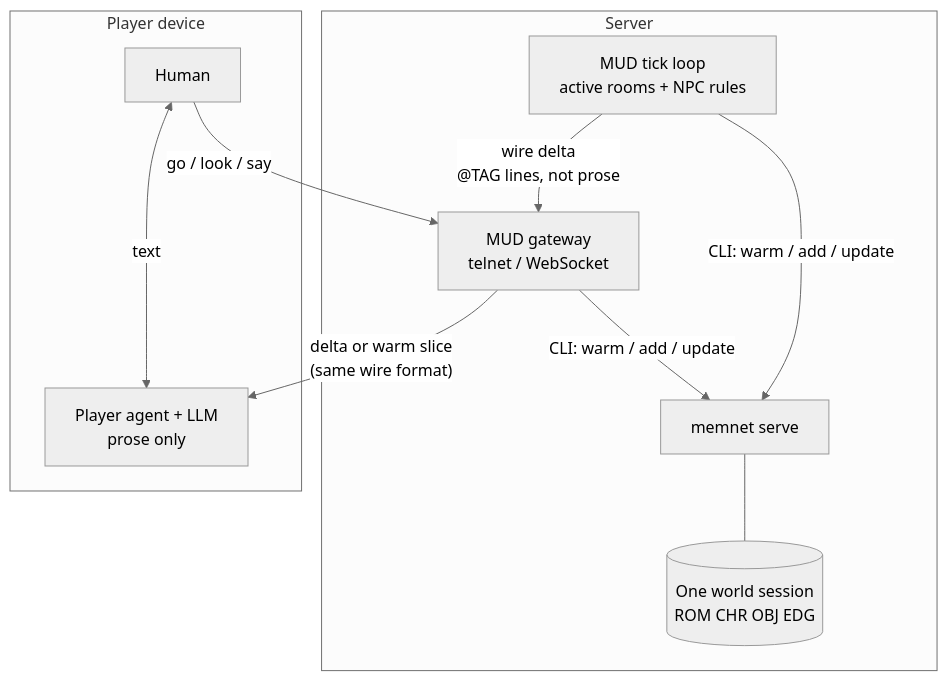
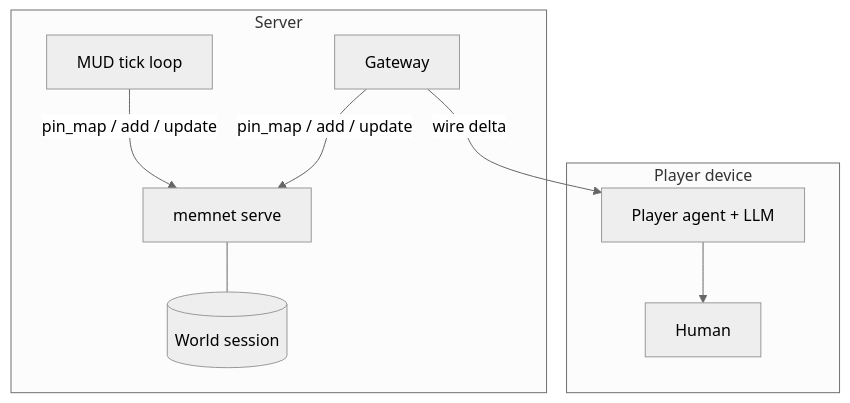
One commit to chouswei/MemNet changed the diagram in docs/application-notes/llm-mud.md. Above: the diagram before and after it, drawn with Mermaid (neutral theme). The commit also changed other lines of this file and 17 other files, not shown here.

````diff
--- a/docs/application-notes/llm-mud.md
+++ b/docs/application-notes/llm-mud.md
@@ -26,20 +22,18 @@
 ```mermaid
 flowchart TB
   subgraph server_host [Server]
     Serve[memnet serve]
-    Graph[(One world session\nROM CHR OBJ EDG)]
-    Tick[MUD tick loop\nactive rooms + NPC rules]
-    GW[MUD gateway\ntelnet / WebSocket]
+    Graph[(World session)]
+    Tick[MUD tick loop]
+    GW[Gateway]
     Serve --- Graph
-    Tick -->|"CLI: warm / add / update"| Serve
-    GW -->|"CLI: warm / add / update"| Serve
-    Tick -->|"wire delta\n@TAG lines, not prose"| GW
+    Tick -->|"pin_map / add / update"| Serve
+    GW -->|"pin_map / add / update"| Serve
   end
   subgraph client_host [Player device]
-    PA[Player agent + LLM\nprose only]
+    PA[Player agent + LLM]
     Human[Human]
-    Human <-->|text| PA
+    PA --> Human
+    GW -->|"wire delta"| PA
   end
-  Human -->|go / look / say| GW
-  GW -->|"delta or warm slice\n(same wire format)"| PA
 ```
````
